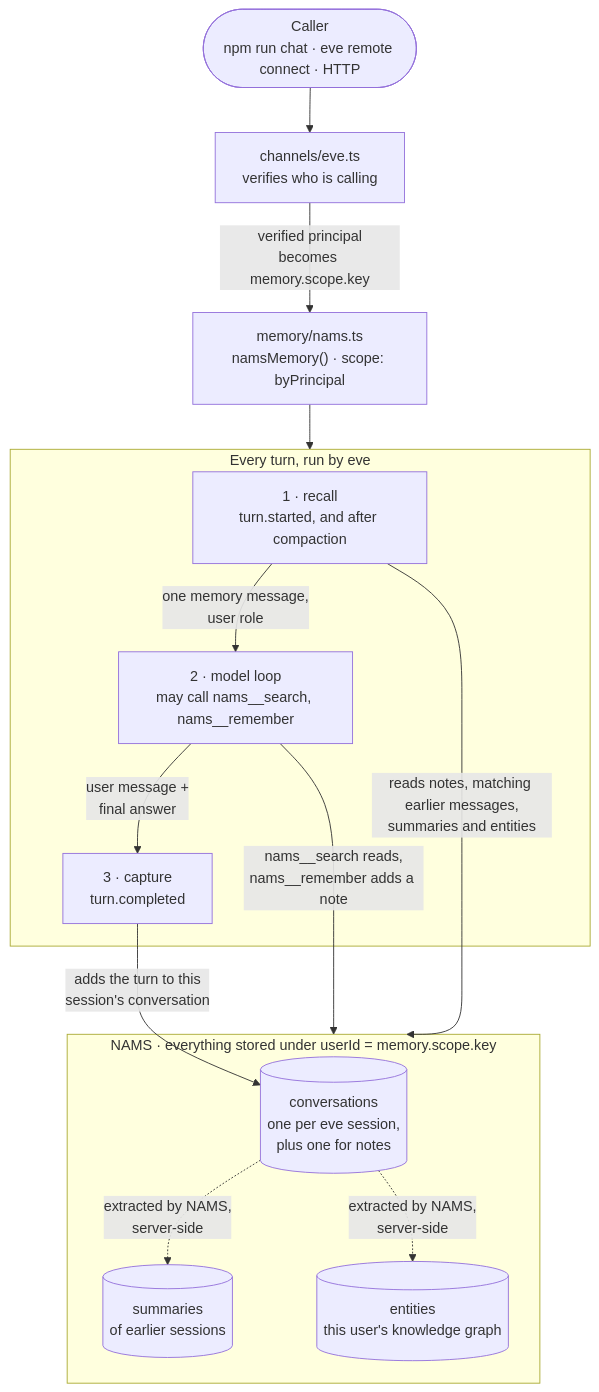
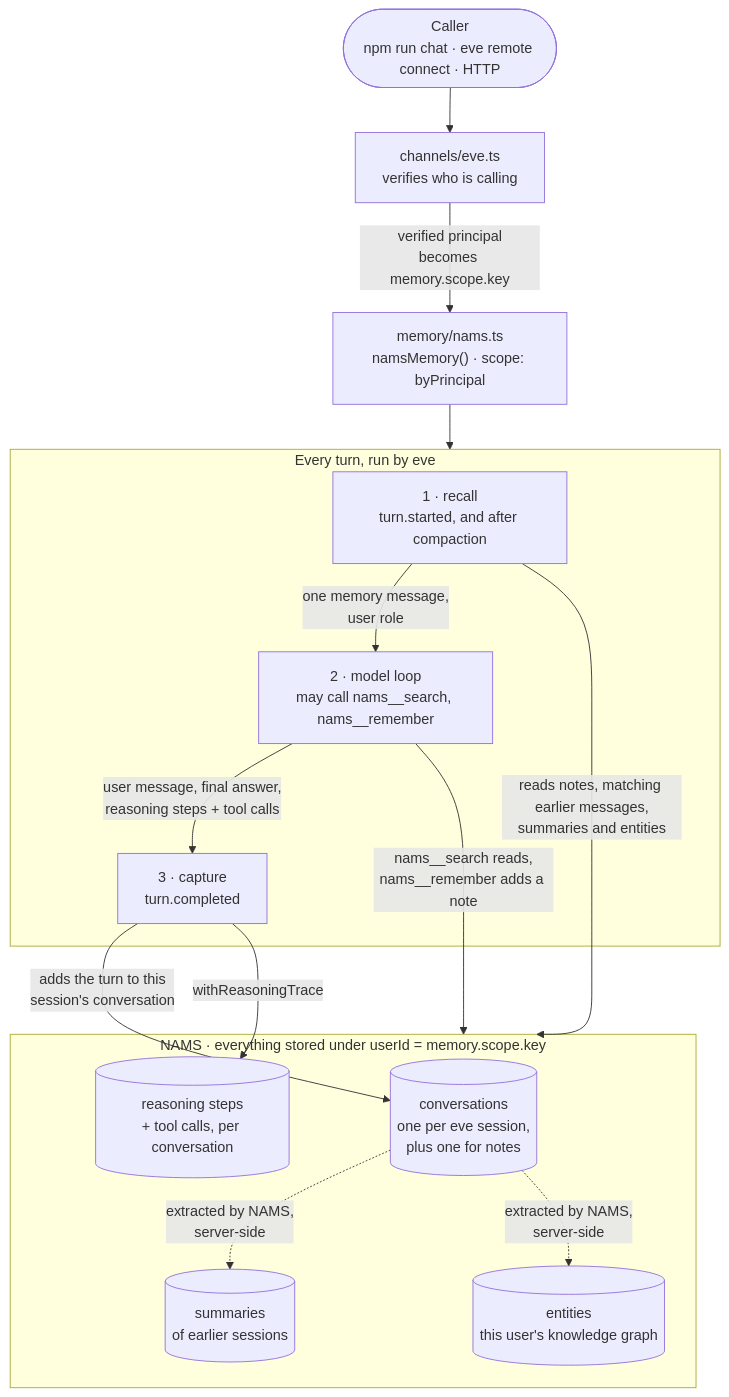
The second of 2 diagrams in vercel-agent/vercel-eve/README.md (neo4j-labs/neo4j-agent-integrations), drawn with Mermaid before and after one commit. The commit also changed other lines of this file and 20 other files, not shown here.

````diff
--- a/vercel-agent/vercel-eve/README.md
+++ b/vercel-agent/vercel-eve/README.md
@@ -311,30 +320,32 @@
 ```mermaid
 flowchart TB
     caller(["Caller<br/>npm run chat · eve remote connect · HTTP"])
     channel["channels/eve.ts<br/>verifies who is calling"]
     slot["memory/nams.ts<br/>namsMemory() · scope: byPrincipal"]
 
     caller --> channel
     channel -- "verified principal<br/>becomes memory.scope.key" --> slot
     slot --> turn
 
     subgraph turn["Every turn, run by eve"]
         recall["1 · recall<br/>turn.started, and after compaction"]
         model["2 · model loop<br/>may call nams__search, nams__remember"]
         capture["3 · capture<br/>turn.completed"]
         recall -- "one memory message,<br/>user role" --> model
-        model -- "user message +<br/>final answer" --> capture
+        model -- "user message, final answer,<br/>reasoning steps + tool calls" --> capture
     end
 
     subgraph nams["NAMS · everything stored under userId = memory.scope.key"]
         convs[("conversations<br/>one per eve session,<br/>plus one for notes")]
+        steps[("reasoning steps<br/>+ tool calls, per conversation")]
         summaries[("summaries<br/>of earlier sessions")]
         entities[("entities<br/>this user's knowledge graph")]
         convs -. "extracted by NAMS,<br/>server-side" .-> summaries
         convs -. "extracted by NAMS,<br/>server-side" .-> entities
     end
 
     recall -- "reads notes, matching earlier messages,<br/>summaries and entities" --> nams
     model -- "nams__search reads,<br/>nams__remember adds a note" --> nams
     capture -- "adds the turn to this<br/>session's conversation" --> convs
+    capture -- "withReasoningTrace" --> steps
 ```
````
